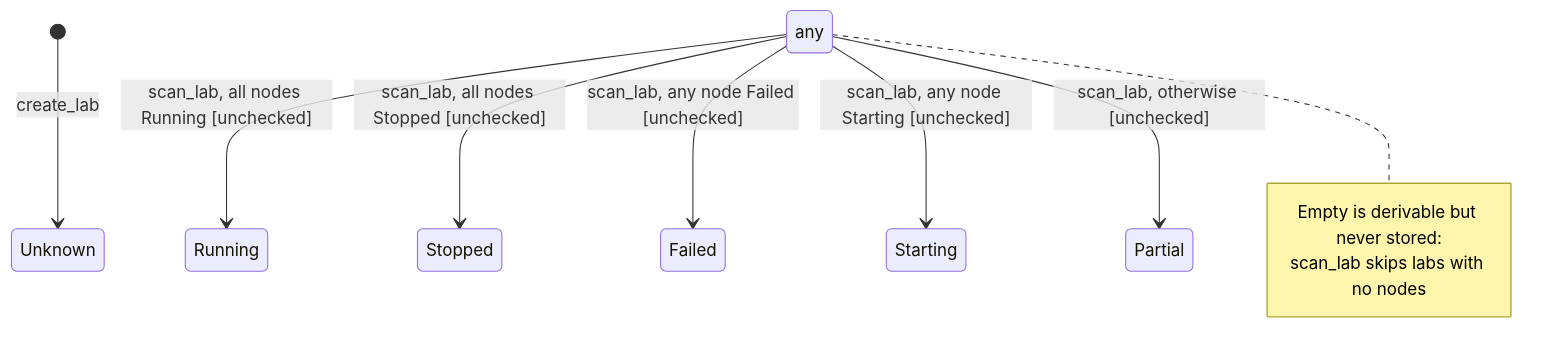
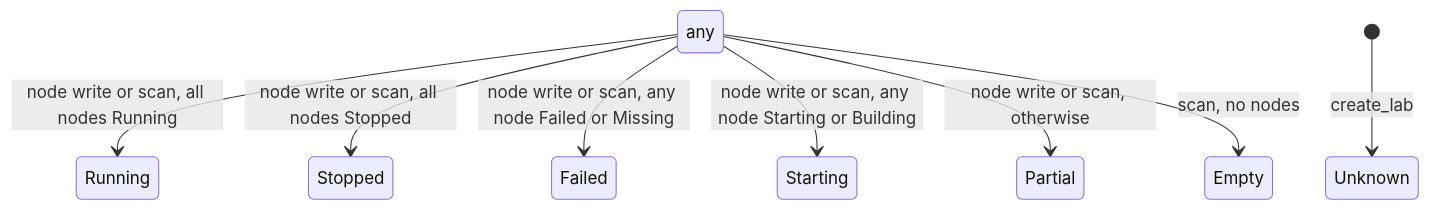
One commit to bwks/sherpa changed the second of 23 diagrams in docs/architecture/STATE_MACHINES.md. Above: the diagram before and after it, drawn with Mermaid. The commit also changed other lines of this file and 48 other files, not shown here.

````diff
--- a/docs/architecture/STATE_MACHINES.md
+++ b/docs/architecture/STATE_MACHINES.md
@@ -181,14 +228,11 @@
 ```mermaid
 stateDiagram-v2
     state "any" as ANY
     [*] --> Unknown : create_lab
-    ANY --> Running : scan_lab, all nodes Running [unchecked]
-    ANY --> Stopped : scan_lab, all nodes Stopped [unchecked]
-    ANY --> Failed : scan_lab, any node Failed [unchecked]
-    ANY --> Starting : scan_lab, any node Starting [unchecked]
-    ANY --> Partial : scan_lab, otherwise [unchecked]
-    note right of ANY
-        Empty is derivable but never stored:
-        scan_lab skips labs with no nodes
-    end note
+    ANY --> Running : node write or scan, all nodes Running
+    ANY --> Stopped : node write or scan, all nodes Stopped
+    ANY --> Failed : node write or scan, any node Failed or Missing
+    ANY --> Starting : node write or scan, any node Starting or Building
+    ANY --> Partial : node write or scan, otherwise
+    ANY --> Empty : scan, no nodes
 ```
````
